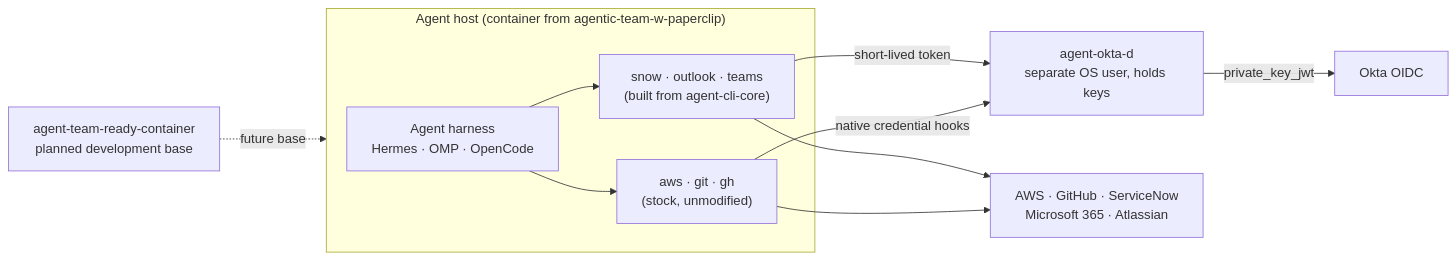
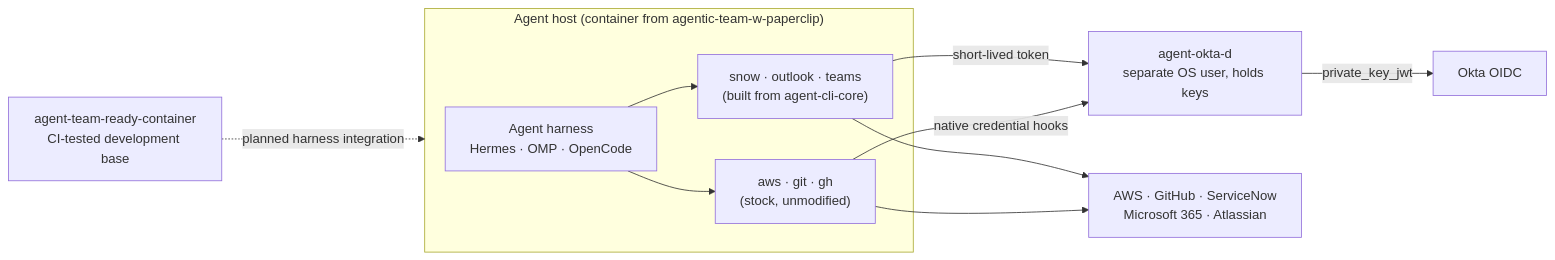
One commit to stainedhead/agentic-teams changed the diagram in README.md. Above: the diagram before and after it, drawn with Mermaid. The commit also changed other lines of this file and 3 other files, not shown here.

Commit message:
Update development base status after merge

````diff
--- a/README.md
+++ b/README.md
@@ -32,21 +32,21 @@
 ```mermaid
 flowchart LR
-    BASE["agent-team-ready-container<br/>planned development base"]
+    BASE["agent-team-ready-container<br/>CI-tested development base"]
     subgraph HOST["Agent host (container from agentic-team-w-paperclip)"]
         AGENT["Agent harness<br/>Hermes · OMP · OpenCode"]
         CLIS["snow · outlook · teams<br/>(built from agent-cli-core)"]
         STOCK["aws · git · gh<br/>(stock, unmodified)"]
     end
     DAEMON["agent-okta-d<br/>separate OS user, holds keys"]
     OKTA["Okta OIDC"]
     SYS["AWS · GitHub · ServiceNow<br/>Microsoft 365 · Atlassian"]
 
-    BASE -. "future base" .-> HOST
+    BASE -. "planned harness integration" .-> HOST
     AGENT --> CLIS
     AGENT --> STOCK
     CLIS -- "short-lived token" --> DAEMON
     STOCK -- "native credential hooks" --> DAEMON
     DAEMON -- "private_key_jwt" --> OKTA
     CLIS --> SYS
     STOCK --> SYS
 ```
````
